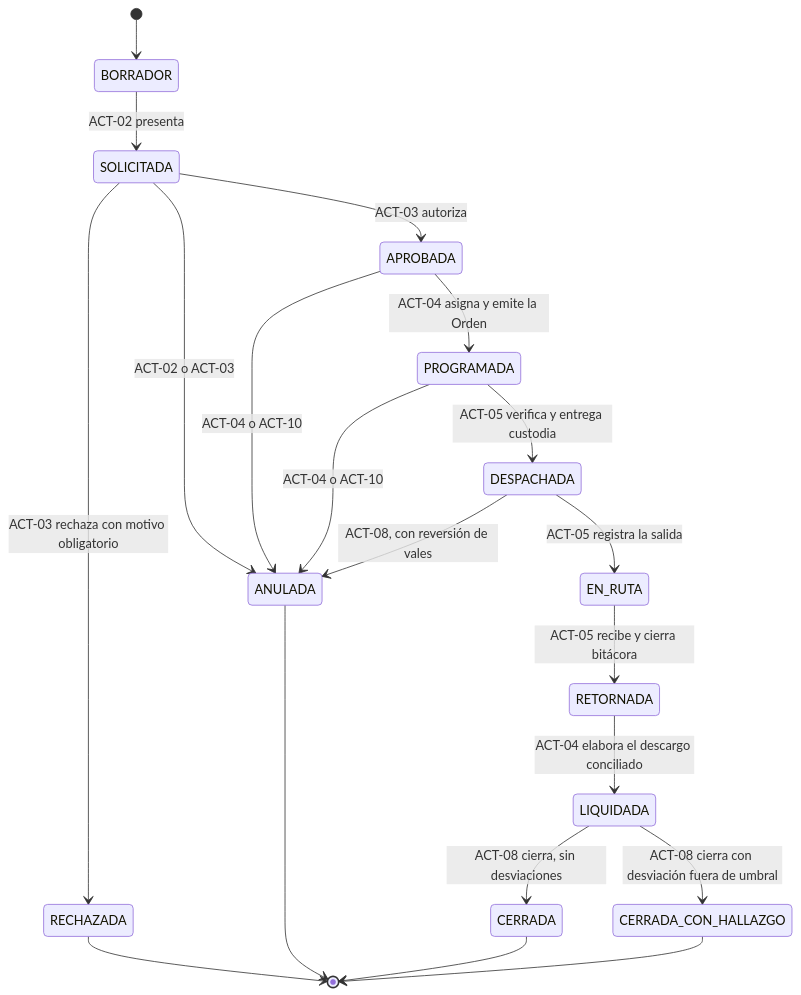
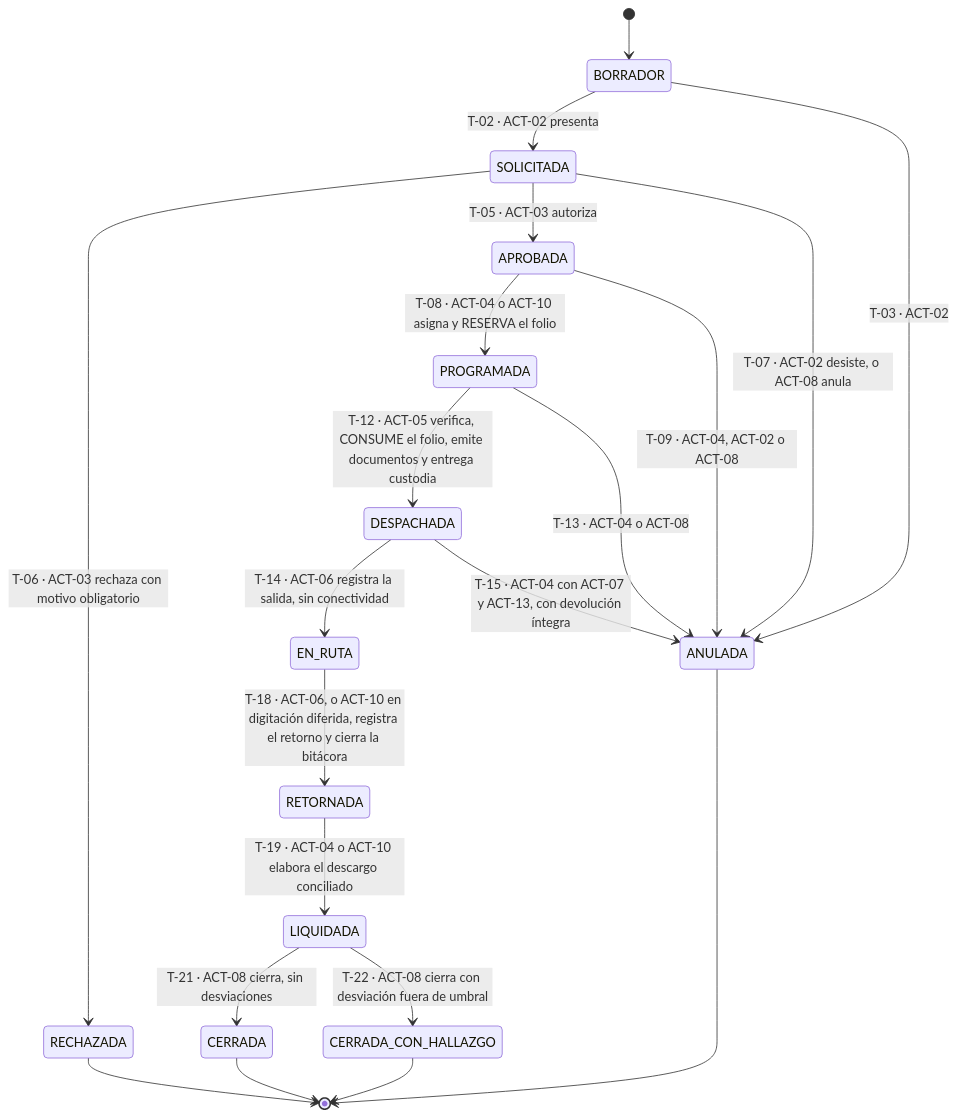
Before and after one commit to LuisDavidToruno/INM_TRANSPORTE: the third of 3 diagrams in docs/01-negocio/procesos/PR-01-movilizacion-institucional.md, drawn with Mermaid. The commit also changed other lines of this file and 3 other files, not shown here.

````diff
--- a/docs/01-negocio/procesos/PR-01-movilizacion-institucional.md
+++ b/docs/01-negocio/procesos/PR-01-movilizacion-institucional.md
@@ -451,22 +489,23 @@
 ```mermaid
 stateDiagram-v2
     [*] --> BORRADOR
-    BORRADOR --> SOLICITADA: ACT-02 presenta
-    SOLICITADA --> RECHAZADA: ACT-03 rechaza con motivo obligatorio
-    SOLICITADA --> APROBADA: ACT-03 autoriza
-    APROBADA --> PROGRAMADA: ACT-04 asigna y emite la Orden
-    PROGRAMADA --> DESPACHADA: ACT-05 verifica y entrega custodia
-    DESPACHADA --> EN_RUTA: ACT-05 registra la salida
-    EN_RUTA --> RETORNADA: ACT-05 recibe y cierra bitácora
-    RETORNADA --> LIQUIDADA: ACT-04 elabora el descargo conciliado
-    LIQUIDADA --> CERRADA: ACT-08 cierra, sin desviaciones
-    LIQUIDADA --> CERRADA_CON_HALLAZGO: ACT-08 cierra con desviación fuera de umbral
-    SOLICITADA --> ANULADA: ACT-02 o ACT-03
-    APROBADA --> ANULADA: ACT-04 o ACT-10
-    PROGRAMADA --> ANULADA: ACT-04 o ACT-10
-    DESPACHADA --> ANULADA: ACT-08, con reversión de vales
+    BORRADOR --> SOLICITADA: T-02 · ACT-02 presenta
+    SOLICITADA --> RECHAZADA: T-06 · ACT-03 rechaza con motivo obligatorio
+    SOLICITADA --> APROBADA: T-05 · ACT-03 autoriza
+    APROBADA --> PROGRAMADA: T-08 · ACT-04 o ACT-10 asigna y RESERVA el folio
+    PROGRAMADA --> DESPACHADA: T-12 · ACT-05 verifica, CONSUME el folio, emite documentos y entrega custodia
+    DESPACHADA --> EN_RUTA: T-14 · ACT-06 registra la salida, sin conectividad
+    EN_RUTA --> RETORNADA: T-18 · ACT-06, o ACT-10 en digitación diferida, registra el retorno y cierra la bitácora
+    RETORNADA --> LIQUIDADA: T-19 · ACT-04 o ACT-10 elabora el descargo conciliado
+    LIQUIDADA --> CERRADA: T-21 · ACT-08 cierra, sin desviaciones
+    LIQUIDADA --> CERRADA_CON_HALLAZGO: T-22 · ACT-08 cierra con desviación fuera de umbral
+    BORRADOR --> ANULADA: T-03 · ACT-02
+    SOLICITADA --> ANULADA: T-07 · ACT-02 desiste, o ACT-08 anula
+    APROBADA --> ANULADA: T-09 · ACT-04, ACT-02 o ACT-08
+    PROGRAMADA --> ANULADA: T-13 · ACT-04 o ACT-08
+    DESPACHADA --> ANULADA: T-15 · ACT-04 con ACT-07 y ACT-13, con devolución íntegra
     RECHAZADA --> [*]
     ANULADA --> [*]
     CERRADA --> [*]
     CERRADA_CON_HALLAZGO --> [*]
 ```
````
